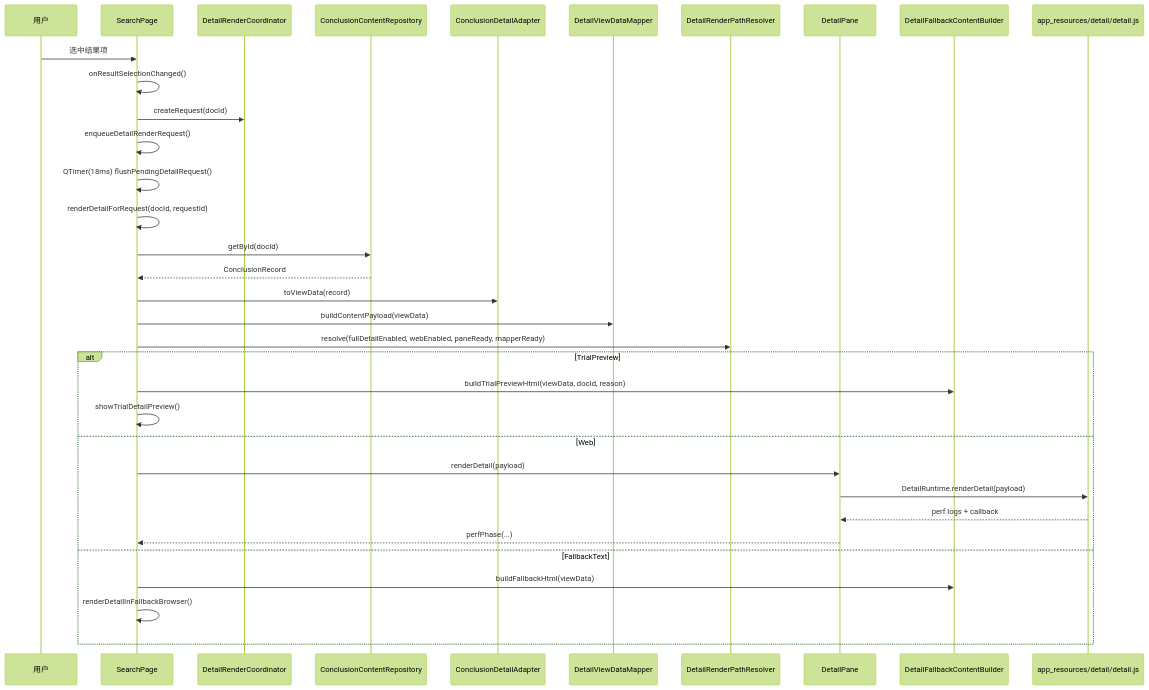
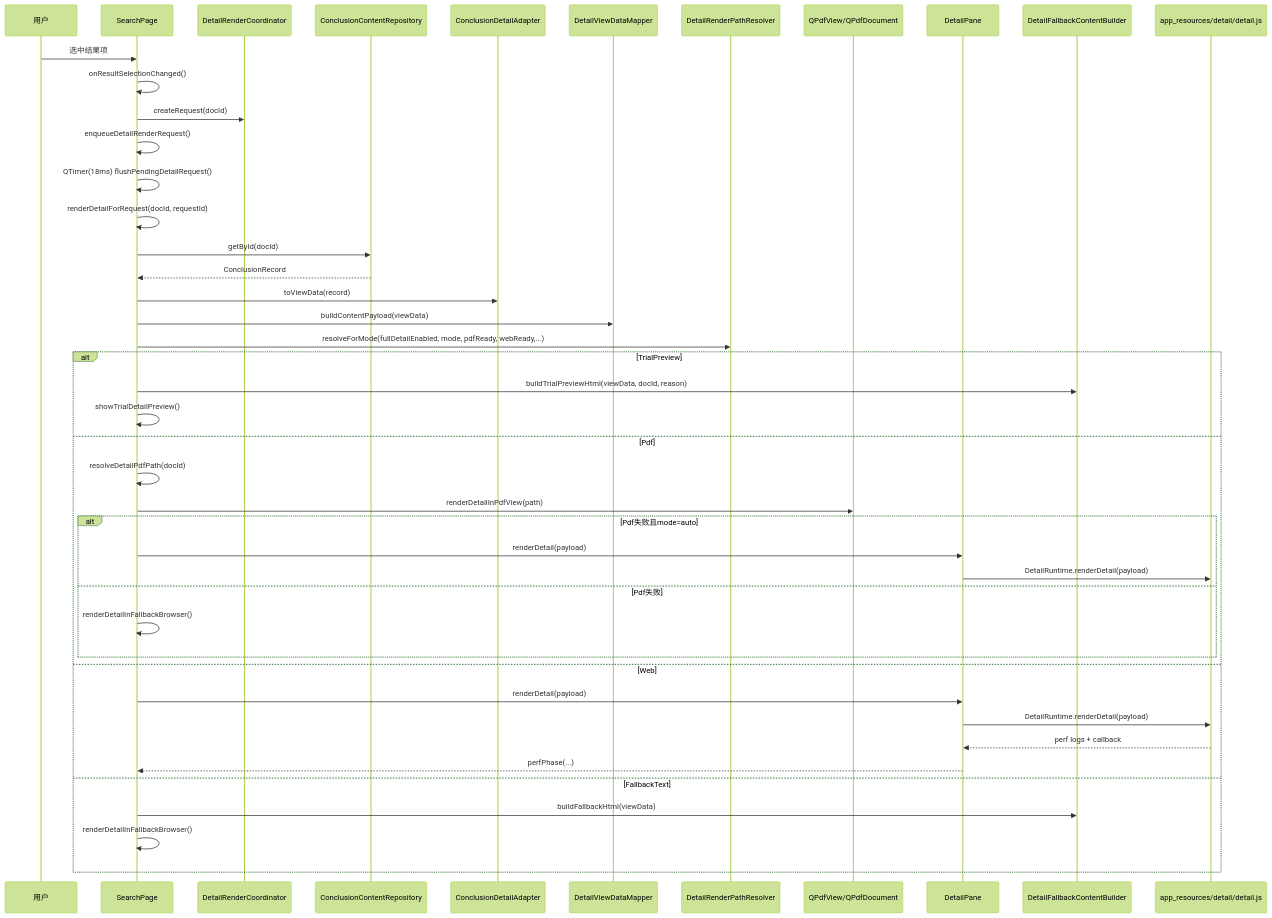
The fourth of 9 diagrams in docs/runtime_flow.md (yfchenggithub/math_search_win), drawn with Mermaid (forest theme) before and after one commit. The commit also changed other lines of this file and 136 other files, not shown here.

````diff
--- a/docs/runtime_flow.md
+++ b/docs/runtime_flow.md
@@ -123,37 +126,47 @@
 ```mermaid
 sequenceDiagram
   participant U as 用户
   participant SP as SearchPage
   participant DRC as DetailRenderCoordinator
   participant CR as ConclusionContentRepository
   participant DA as ConclusionDetailAdapter
   participant M as DetailViewDataMapper
   participant DRP as DetailRenderPathResolver
+  participant PDF as QPdfView/QPdfDocument
   participant DP as DetailPane
   participant FB as DetailFallbackContentBuilder
   participant JS as app_resources/detail/detail.js
 
   U->>SP: 选中结果项
   SP->>SP: onResultSelectionChanged()
   SP->>DRC: createRequest(docId)
   SP->>SP: enqueueDetailRenderRequest()
   SP->>SP: QTimer(18ms) flushPendingDetailRequest()
   SP->>SP: renderDetailForRequest(docId, requestId)
   SP->>CR: getById(docId)
   CR-->>SP: ConclusionRecord
   SP->>DA: toViewData(record)
   SP->>M: buildContentPayload(viewData)
-  SP->>DRP: resolve(fullDetailEnabled, webEnabled, paneReady, mapperReady)
+  SP->>DRP: resolveForMode(fullDetailEnabled, mode, pdfReady, webReady,...)
   alt TrialPreview
     SP->>FB: buildTrialPreviewHtml(viewData, docId, reason)
     SP->>SP: showTrialDetailPreview()
+  else Pdf
+    SP->>SP: resolveDetailPdfPath(docId)
+    SP->>PDF: renderDetailInPdfView(path)
+    alt Pdf失败且mode=auto
+      SP->>DP: renderDetail(payload)
+      DP->>JS: DetailRuntime.renderDetail(payload)
+    else Pdf失败
+      SP->>SP: renderDetailInFallbackBrowser()
+    end
   else Web
     SP->>DP: renderDetail(payload)
     DP->>JS: DetailRuntime.renderDetail(payload)
     JS-->>DP: perf logs + callback
     DP-->>SP: perfPhase(...)
   else FallbackText
     SP->>FB: buildFallbackHtml(viewData)
     SP->>SP: renderDetailInFallbackBrowser()
   end
 ```
````
